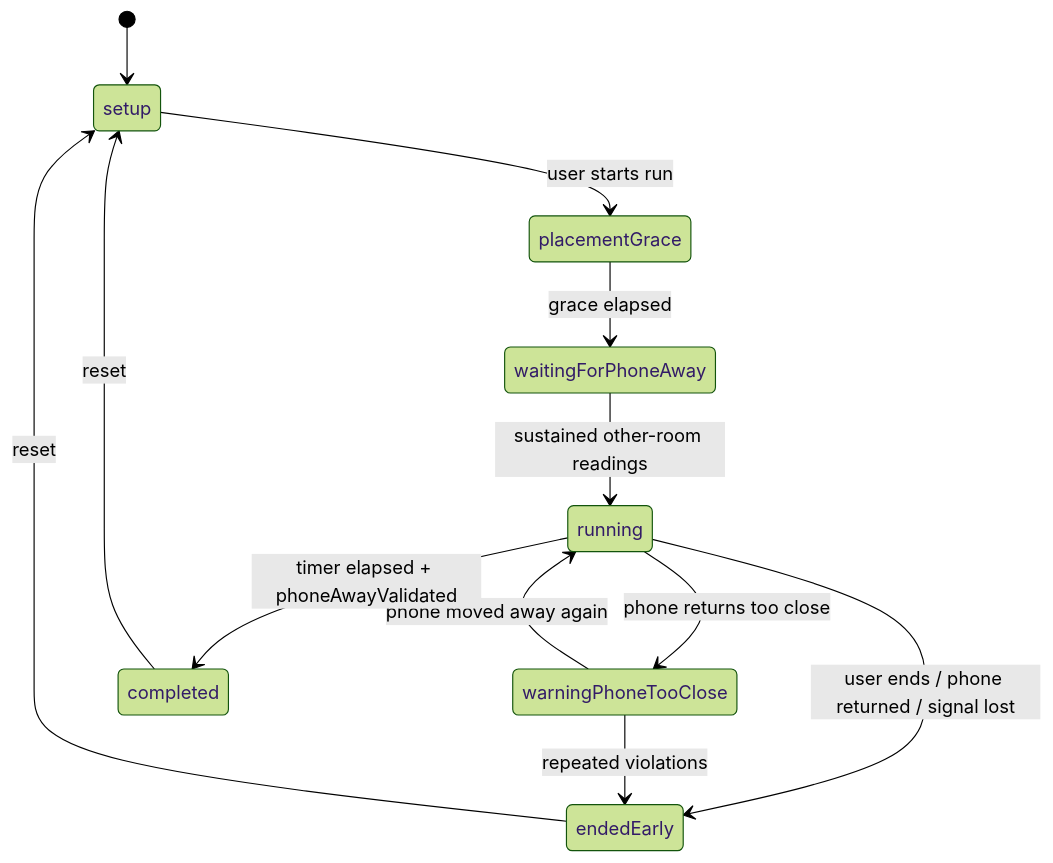
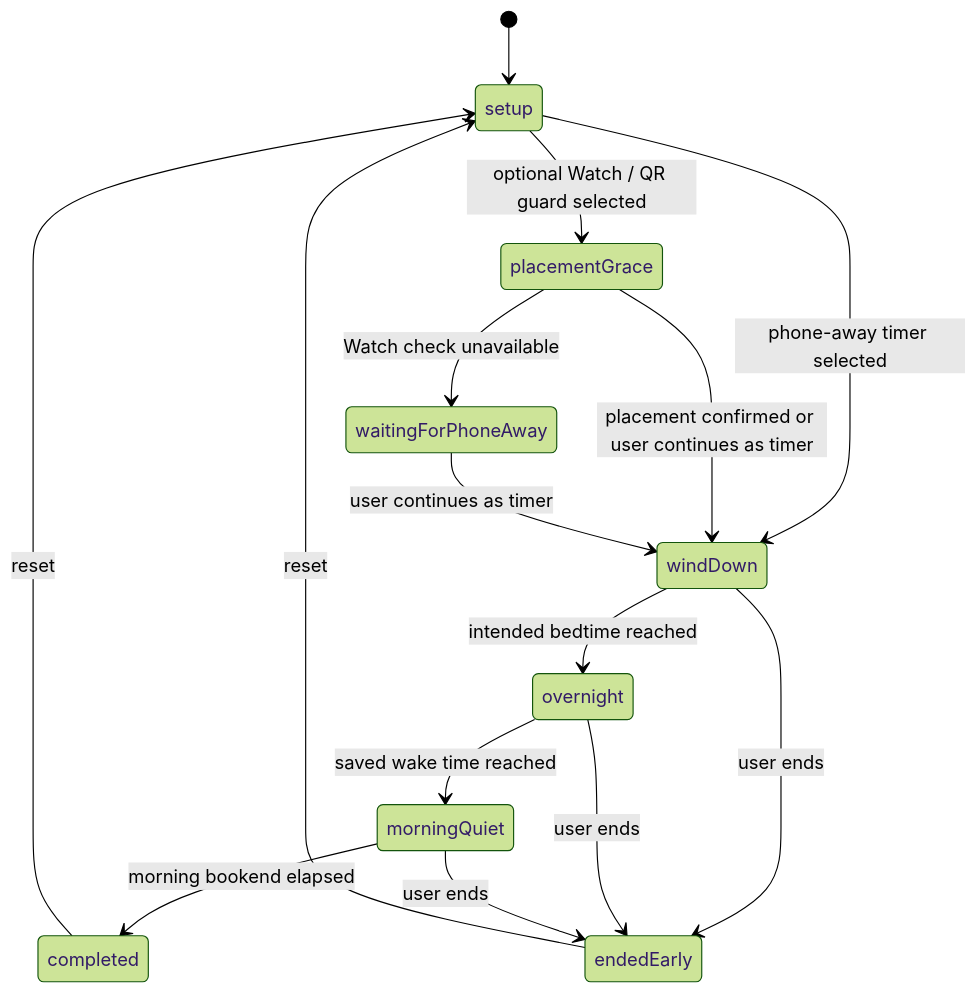
Before and after one commit to papermelon/phone-in-the-other-room: the diagram in docs/ARCHITECTURE.md, drawn with Mermaid (forest theme). The commit also changed other lines of this file and 165 other files, not shown here.

````diff
--- a/docs/ARCHITECTURE.md
+++ b/docs/ARCHITECTURE.md
@@ -93,14 +111,17 @@
 ```mermaid
 stateDiagram-v2
     [*] --> setup
-    setup --> placementGrace: user starts run
-    placementGrace --> waitingForPhoneAway: grace elapsed
-    waitingForPhoneAway --> running: sustained other-room readings
-    running --> warningPhoneTooClose: phone returns too close
-    warningPhoneTooClose --> running: phone moved away again
-    running --> completed: timer elapsed + phoneAwayValidated
-    running --> endedEarly: user ends / phone returned / signal lost
-    warningPhoneTooClose --> endedEarly: repeated violations
+    setup --> placementGrace: optional Watch / QR guard selected
+    setup --> windDown: phone-away timer selected
+    placementGrace --> windDown: placement confirmed or user continues as timer
+    placementGrace --> waitingForPhoneAway: Watch check unavailable
+    waitingForPhoneAway --> windDown: user continues as timer
+    windDown --> overnight: intended bedtime reached
+    overnight --> morningQuiet: saved wake time reached
+    morningQuiet --> completed: morning bookend elapsed
+    windDown --> endedEarly: user ends
+    overnight --> endedEarly: user ends
+    morningQuiet --> endedEarly: user ends
     completed --> setup: reset
     endedEarly --> setup: reset
 ```
````
